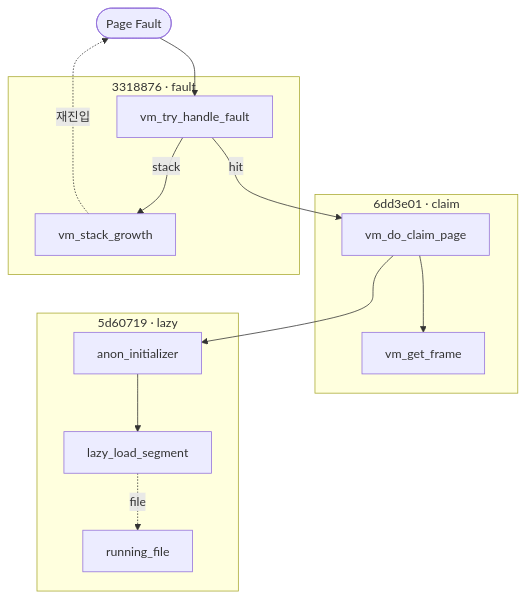
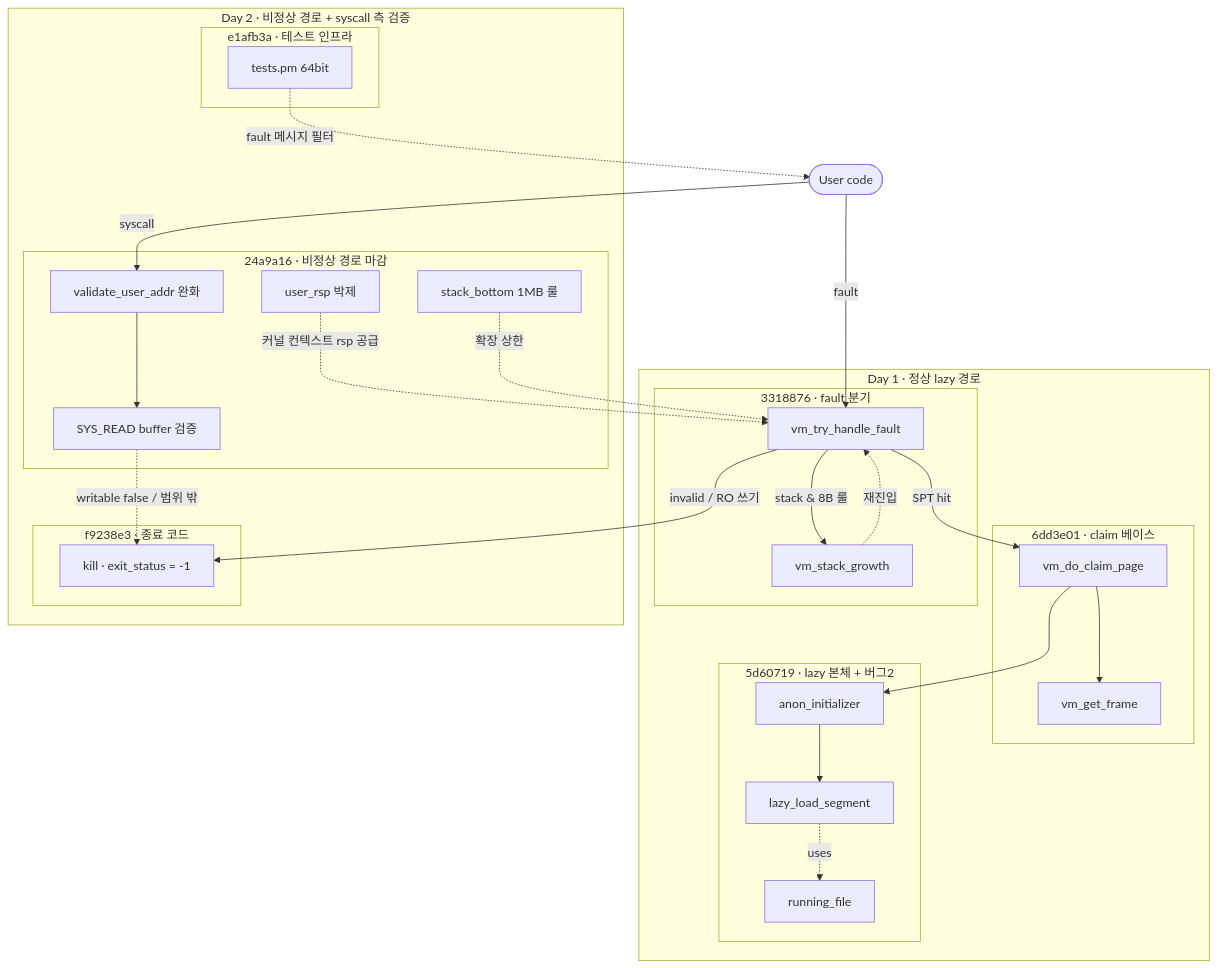
Before and after one commit to JYPark-Code/SW-AI-W1112-Pintos: the diagram in TIL/project3_vm_page_fault_til.md, drawn with Mermaid. The commit also changed other lines of this file, not shown here.

````diff
--- a/TIL/project3_vm_page_fault_til.md
+++ b/TIL/project3_vm_page_fault_til.md
@@ -72,29 +89,54 @@
 ```mermaid
 flowchart TD
-    PF([Page Fault])
+    User([User code])
 
-    subgraph C1["6dd3e01 · claim"]
-        D[vm_do_claim_page]
-        F[vm_get_frame]
+    subgraph Day1["Day 1 · 정상 lazy 경로"]
+      subgraph C1["6dd3e01 · claim 베이스"]
+          D[vm_do_claim_page]
+          F[vm_get_frame]
+      end
+      subgraph C2["3318876 · fault 분기"]
+          H[vm_try_handle_fault]
+          G[vm_stack_growth]
+      end
+      subgraph C3["5d60719 · lazy 본체 + 버그2"]
+          A[anon_initializer]
+          L[lazy_load_segment]
+          R[running_file]
+      end
     end
 
-    subgraph C2["3318876 · fault"]
-        H[vm_try_handle_fault]
-        G[vm_stack_growth]
+    subgraph Day2["Day 2 · 비정상 경로 + syscall 측 검증"]
+      subgraph C4["e1afb3a · 테스트 인프라"]
+          T[tests.pm 64bit]
+      end
+      subgraph C5["f9238e3 · 종료 코드"]
+          K[kill · exit_status = -1]
+      end
+      subgraph C6["24a9a16 · 비정상 경로 마감"]
+          UR[user_rsp 박제]
+          VV[validate_user_addr 완화]
+          RW[SYS_READ buffer 검증]
+          SB[stack_bottom 1MB 룰]
+      end
     end
 
-    subgraph C3["5d60719 · lazy"]
-        A[anon_initializer]
-        L[lazy_load_segment]
-        R[running_file]
-    end
+    User -->|fault| H
+    User -->|syscall| VV
 
-    PF --> H
-    H -->|hit| D
-    H -->|stack| G
-    G -.재진입.-> PF
+    H -->|SPT hit| D
+    H -->|stack & 8B 룰| G
+    H -->|invalid / RO 쓰기| K
+    G -.재진입.-> H
+
     D --> F
     D --> A
     A --> L
-    L -.file.-> R
+    L -.uses.-> R
+
+    VV --> RW
+    RW -.writable false / 범위 밖.-> K
+    UR -.커널 컨텍스트 rsp 공급.-> H
+    SB -.확장 상한.-> H
+    T -.fault 메시지 필터.-> User
 ```
````
